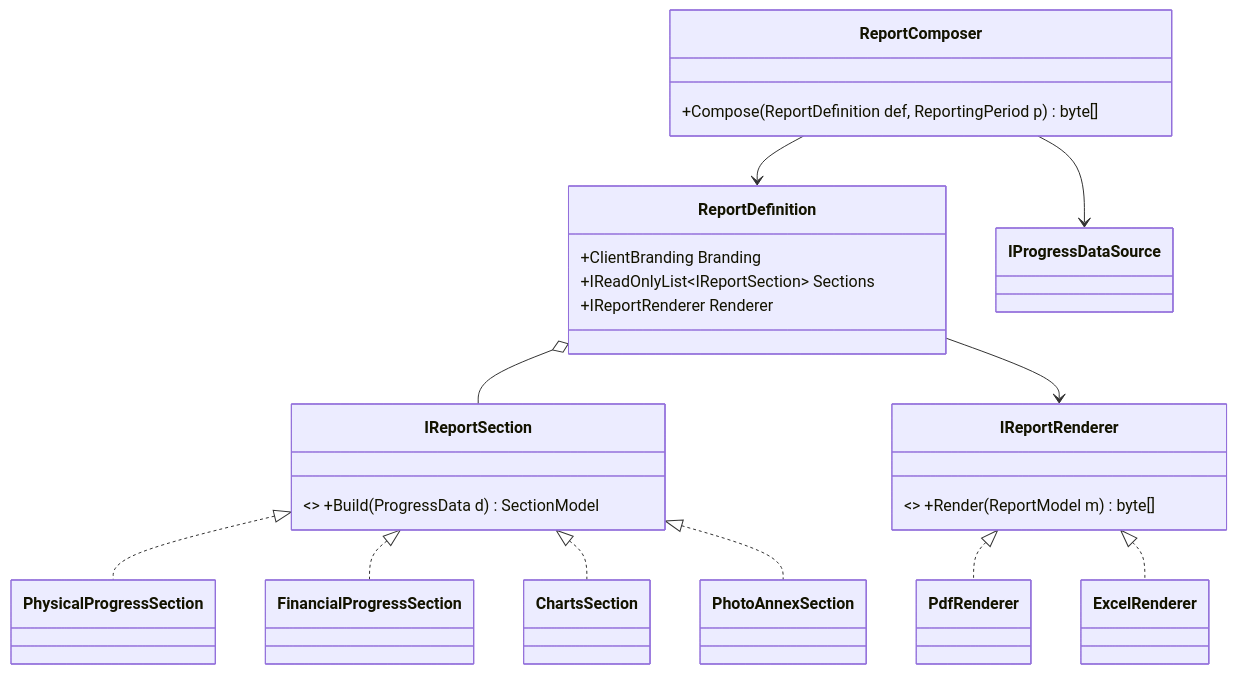
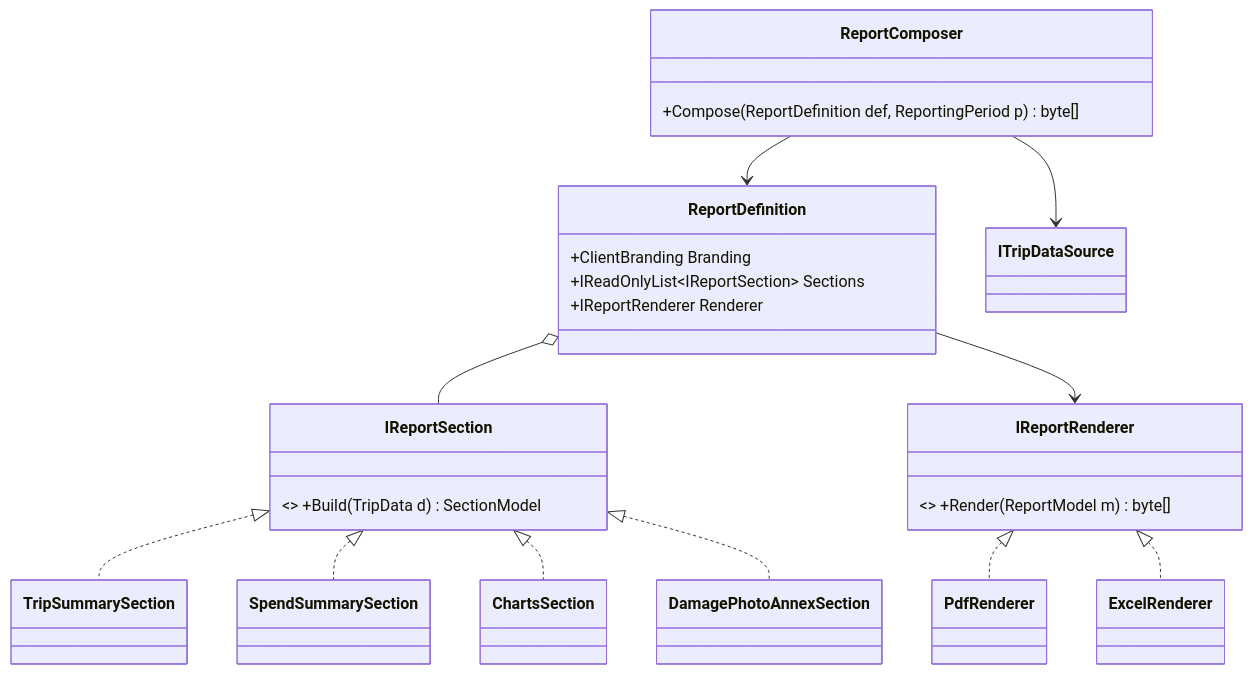
Before and after one commit to rizwi0786/system-design-lab: the fourth of 4 diagrams in content/lessons/m04/m04-composition-inheritance.md, drawn with Mermaid. The commit also changed other lines of this file and 334 other files, not shown here.

````diff
--- a/content/lessons/m04/m04-composition-inheritance.md
+++ b/content/lessons/m04/m04-composition-inheritance.md
@@ -1107,29 +1123,29 @@
 ```mermaid
 classDiagram
   class ReportComposer {
     +Compose(ReportDefinition def, ReportingPeriod p) byte[]
   }
   class ReportDefinition {
     +ClientBranding Branding
     +IReadOnlyList~IReportSection~ Sections
     +IReportRenderer Renderer
   }
-  class IReportSection { <<interface>> +Build(ProgressData d) SectionModel }
+  class IReportSection { <<interface>> +Build(TripData d) SectionModel }
   class IReportRenderer { <<interface>> +Render(ReportModel m) byte[] }
-  class PhysicalProgressSection
-  class FinancialProgressSection
+  class TripSummarySection
+  class SpendSummarySection
   class ChartsSection
-  class PhotoAnnexSection
+  class DamagePhotoAnnexSection
   class PdfRenderer
   class ExcelRenderer
   ReportComposer --> ReportDefinition
-  ReportComposer --> IProgressDataSource
+  ReportComposer --> ITripDataSource
   ReportDefinition o-- IReportSection
   ReportDefinition --> IReportRenderer
-  IReportSection <|.. PhysicalProgressSection
-  IReportSection <|.. FinancialProgressSection
+  IReportSection <|.. TripSummarySection
+  IReportSection <|.. SpendSummarySection
   IReportSection <|.. ChartsSection
-  IReportSection <|.. PhotoAnnexSection
+  IReportSection <|.. DamagePhotoAnnexSection
   IReportRenderer <|.. PdfRenderer
   IReportRenderer <|.. ExcelRenderer
 ```
````
